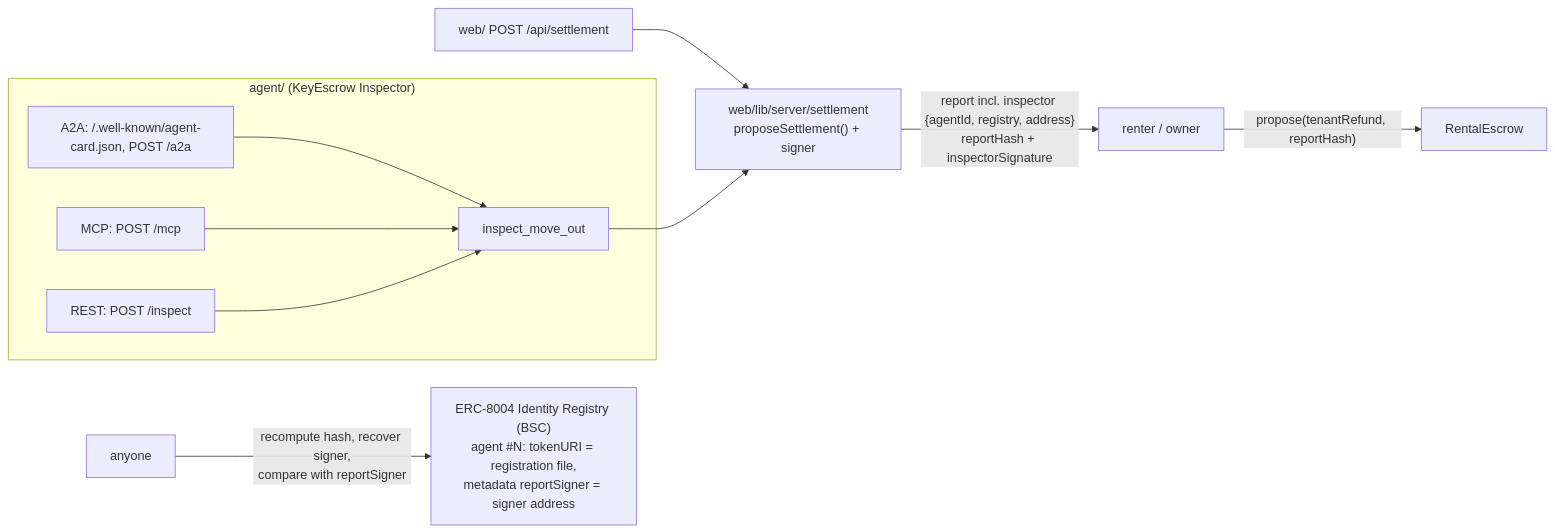
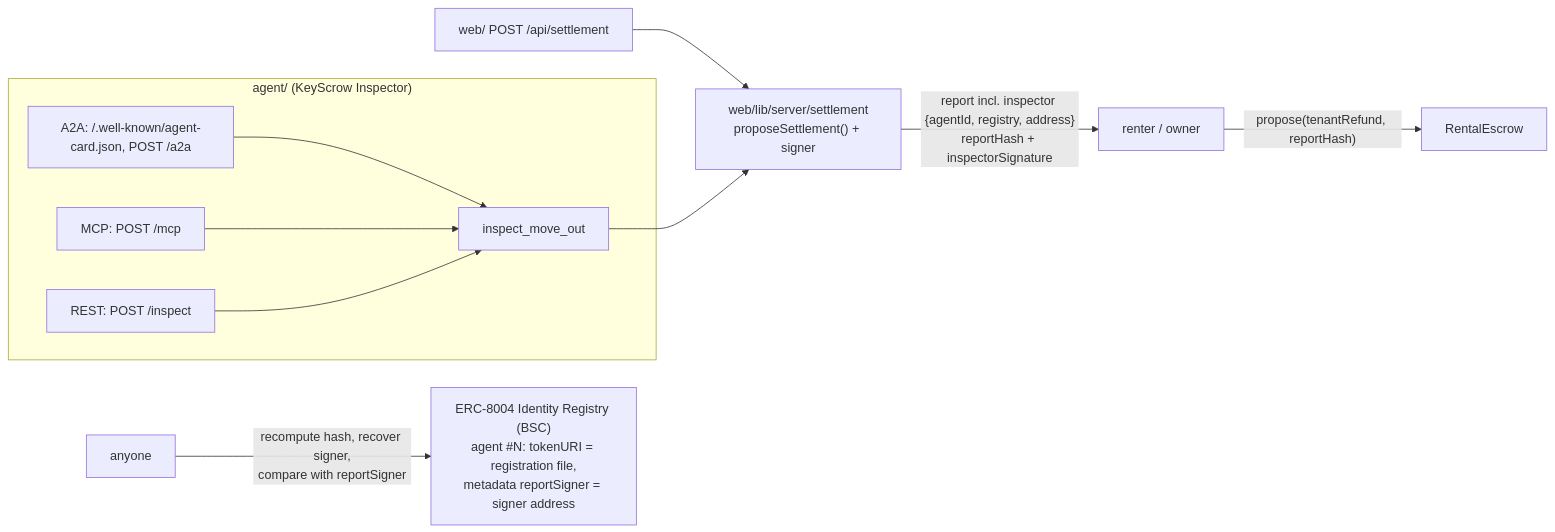
One commit to midego1/bnb-hackathon changed the diagram in docs/AGENT.md. Above: the diagram before and after it, drawn with Mermaid. The commit also changed other lines of this file and 163 other files, not shown here.

First line of the commit message:
Rename the product to KeyScrow in everything people read (en + zh copy, metadata, agent name, iOS display name and strings, docs)

````diff
--- a/docs/AGENT.md
+++ b/docs/AGENT.md
@@ -36,15 +36,15 @@
 ```mermaid
 flowchart LR
-  subgraph agent["agent/ (KeyEscrow Inspector)"]
+  subgraph agent["agent/ (KeyScrow Inspector)"]
     A2A["A2A: /.well-known/agent-card.json, POST /a2a"] --> S
     MCP["MCP: POST /mcp"] --> S
     REST["REST: POST /inspect"] --> S
     S["inspect_move_out"]
   end
   WEB["web/ POST /api/settlement"] --> CORE
   S --> CORE["web/lib/server/settlement<br/>proposeSettlement() + signer"]
   CORE -->|"report incl. inspector {agentId, registry, address}<br/>reportHash + inspectorSignature"| P["renter / owner"]
   P -->|"propose(tenantRefund, reportHash)"| E["RentalEscrow"]
   REG["ERC-8004 Identity Registry (BSC)<br/>agent #N: tokenURI = registration file,<br/>metadata reportSigner = signer address"]
   V["anyone"] -->|"recompute hash, recover signer,<br/>compare with reportSigner"| REG
 ```
````
